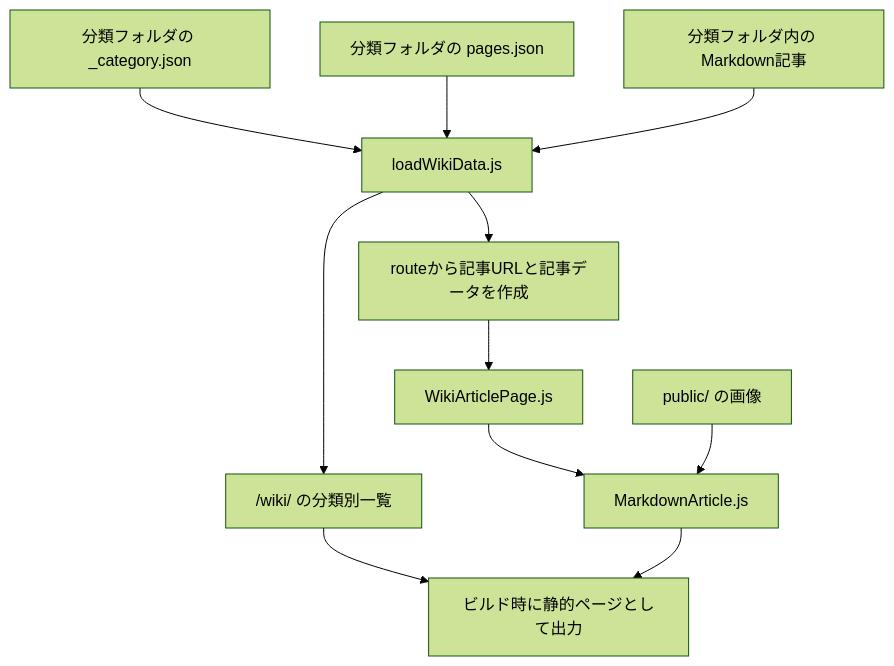
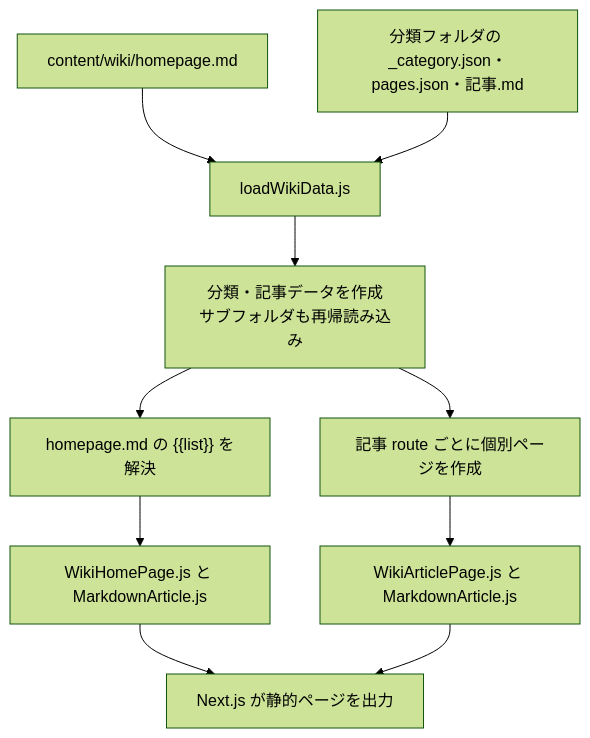
Before and after one commit to keisuiryo/keisuiryo.jp: the diagram in docs/Wiki表示の仕組み.md, drawn with Mermaid (forest theme). The commit also changed other lines of this file and 11 other files, not shown here.

Commit message:
feat: add recursive wiki article collections

````diff
--- a/docs/Wiki表示の仕組み.md
+++ b/docs/Wiki表示の仕組み.md
@@ -32,13 +33,12 @@
 ```mermaid
 flowchart TD
-    A["分類フォルダの _category.json"] --> D["loadWikiData.js"]
-    B["分類フォルダの pages.json"] --> D
-    C["分類フォルダ内の Markdown記事"] --> D
-    D --> E["/wiki/ の分類別一覧"]
-    D --> F["routeから記事URLと記事データを作成"]
-    F --> G["WikiArticlePage.js"]
-    G --> H["MarkdownArticle.js"]
-    I["public/ の画像"] --> H
-    E --> J["ビルド時に静的ページとして出力"]
-    H --> J
+    A["content/wiki/homepage.md"] --> C["loadWikiData.js"]
+    B["分類フォルダの _category.json・pages.json・記事.md"] --> C
+    C --> D["分類・記事データを作成<br/>サブフォルダも再帰読み込み"]
+    D --> E["homepage.md の {{list}} を解決"]
+    E --> F["WikiHomePage.js と MarkdownArticle.js"]
+    D --> G["記事 route ごとに個別ページを作成"]
+    G --> H["WikiArticlePage.js と MarkdownArticle.js"]
+    F --> I["Next.js が静的ページを出力"]
+    H --> I
 ```
````
